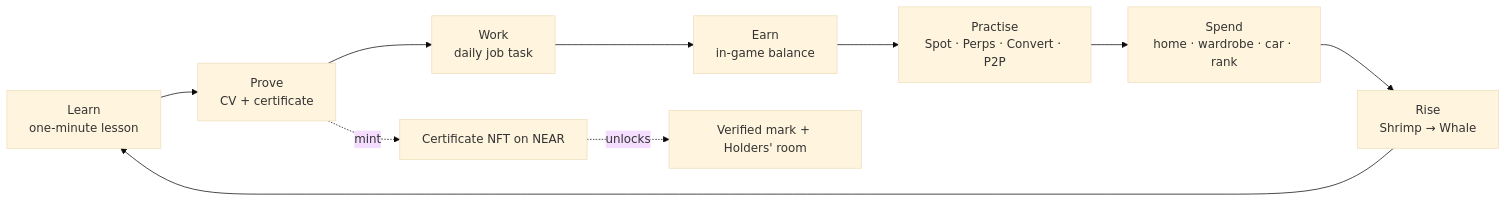
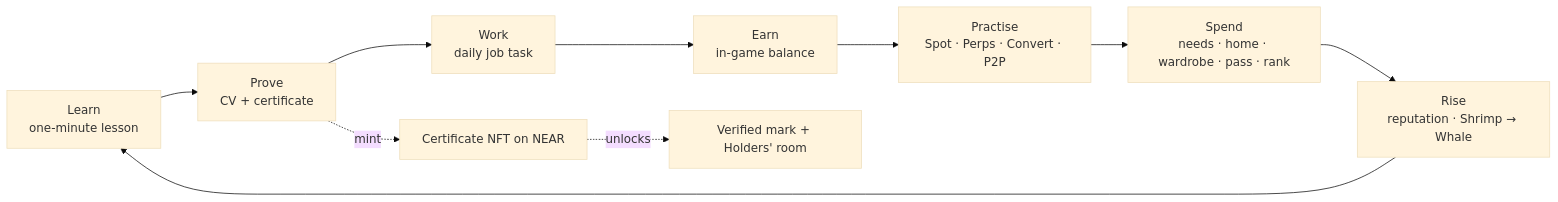
The diagram in docs/GDD.md (0xzahra/Grind-district), drawn with Mermaid (base theme) before and after one commit. The commit also changed other lines of this file and 3 other files, not shown here.

````diff
--- a/docs/GDD.md
+++ b/docs/GDD.md
@@ -74,12 +75,12 @@
 ```mermaid
 flowchart LR
   A[Learn<br>one-minute lesson] --> B[Prove<br>CV + certificate]
   B --> C[Work<br>daily job task]
   C --> D[Earn<br>in-game balance]
   D --> E[Practise<br>Spot · Perps · Convert · P2P]
-  E --> F[Spend<br>home · wardrobe · car · rank]
-  F --> G[Rise<br>Shrimp → Whale]
+  E --> F[Spend<br>needs · home · wardrobe · pass · rank]
+  F --> G[Rise<br>reputation · Shrimp → Whale]
   G --> A
   B -.mint.-> H[Certificate NFT on NEAR]
   H -.unlocks.-> I[Verified mark + Holders' room]
 ```
````
